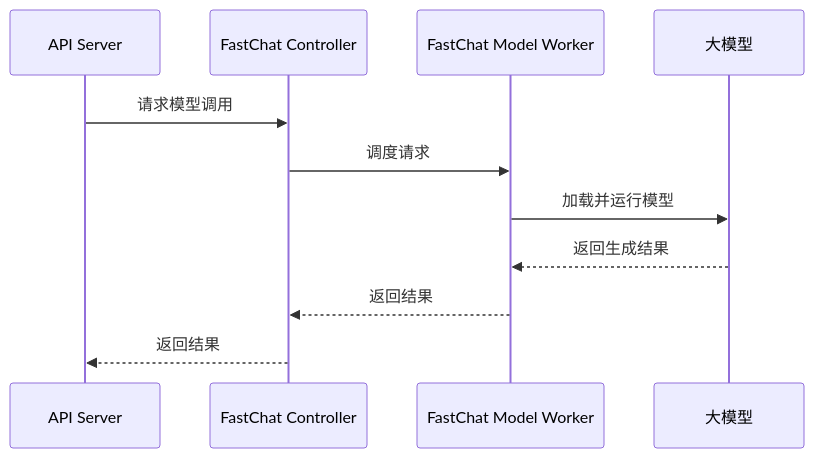
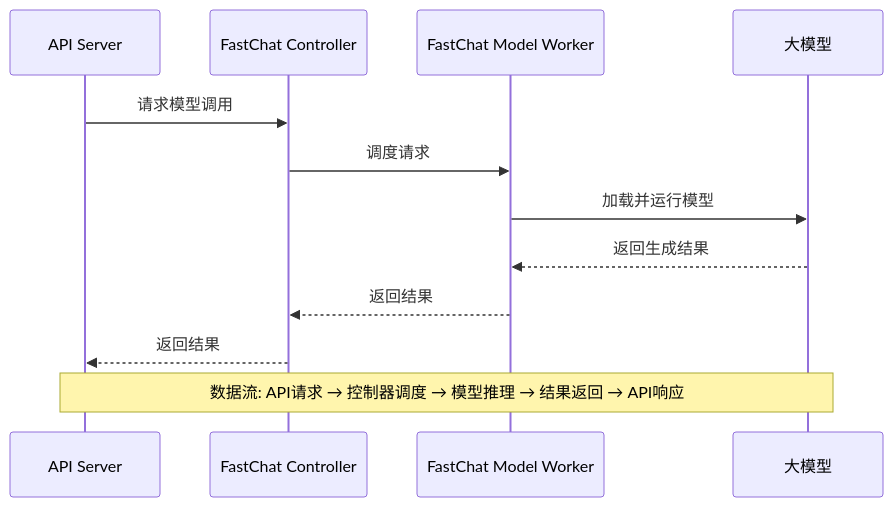
The fifth of 7 diagrams in Fufan Chat API 项目架构分析.md (amuqiao/fufan-chat-api-example), drawn with Mermaid before and after one commit. The commit also changed other lines of this file and 1 other file, not shown here.

````diff
--- a/Fufan Chat API 项目架构分析.md
+++ b/Fufan Chat API 项目架构分析.md
@@ -351,14 +351,16 @@
 ```mermaid
 sequenceDiagram
     participant Client as API Server
     participant Controller as FastChat Controller
     participant Worker as FastChat Model Worker
     participant Model as 大模型
     
     Client->>Controller: 请求模型调用
     Controller->>Worker: 调度请求
     Worker->>Model: 加载并运行模型
     Model-->>Worker: 返回生成结果
     Worker-->>Controller: 返回结果
     Controller-->>Client: 返回结果
+    
+    Note over Client,Model: 数据流: API请求 → 控制器调度 → 模型推理 → 结果返回 → API响应
 ```
````
